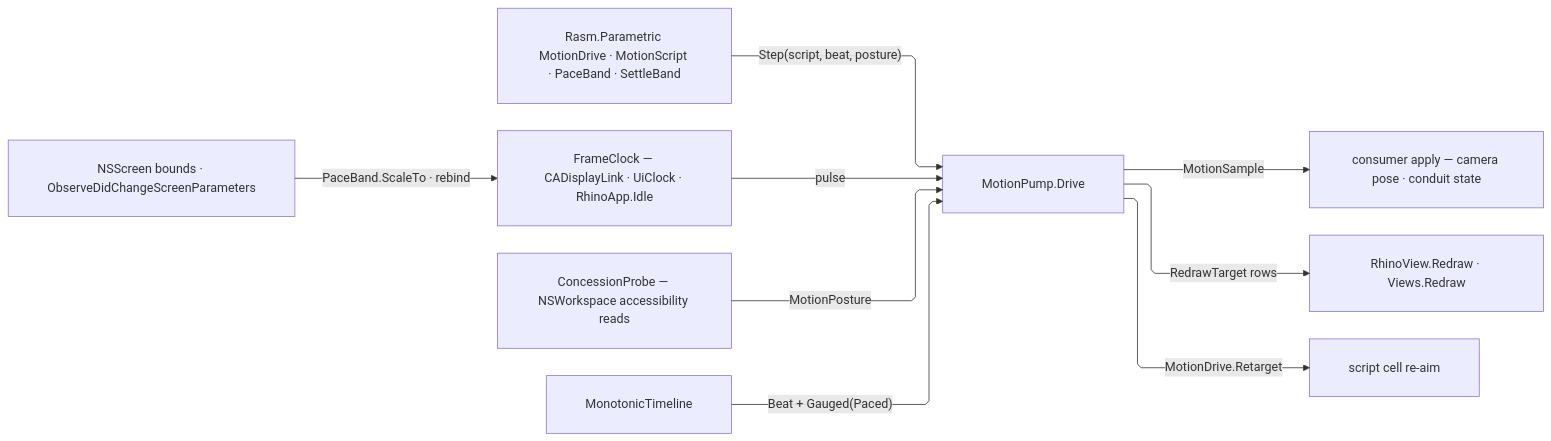
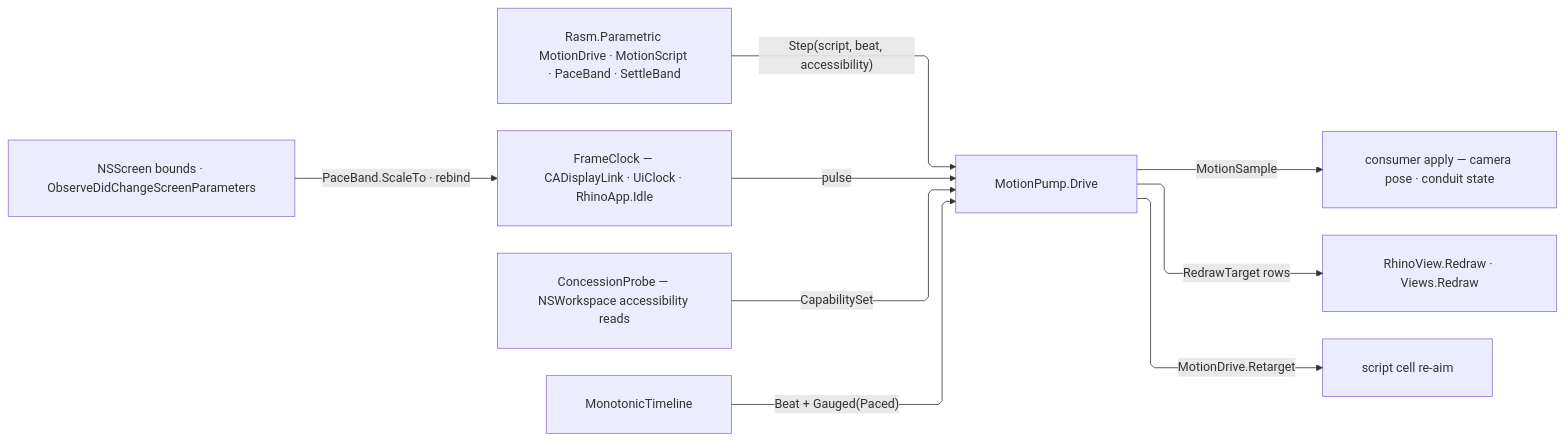
One commit to bsamiee/Rasm changed the diagram in libs/dotnet/Rasm.Rhino/.planning/Viewport/motion.md. Above: the diagram before and after it, drawn with Mermaid. The commit also changed other lines of this file and 47 other files, not shown here.

````diff
--- a/libs/dotnet/Rasm.Rhino/.planning/Viewport/motion.md
+++ b/libs/dotnet/Rasm.Rhino/.planning/Viewport/motion.md
@@ -451,20 +447,20 @@
 ```mermaid
 ---
 config:
   layout: elk
   flowchart:
     curve: linear
     padding: 25
 ---
 flowchart LR
     accTitle: Rhino viewport motion pump
-    accDescr: The kernel motion sampler and pace band feeding the host drive, the three host clock rows pulsing it, the accessibility probe filling the kernel posture, the timeline minting beats and gauging each tick, and the drive landing samples on the consumer apply and the redraw targets.
-    Kernel["Rasm.Parametric MotionDrive · MotionScript · PaceBand · SettleBand"] -->|"Step(script, beat, posture)"| Pump["MotionPump.Drive"]
+    accDescr: The kernel motion sampler and pace band feeding the host drive, the three host clock rows pulsing it, the accessibility probe filling the kernel accessibility set, the timeline minting beats and gauging each tick, and the drive landing samples on the consumer apply and the redraw targets.
+    Kernel["Rasm.Parametric MotionDrive · MotionScript · PaceBand · SettleBand"] -->|"Step(script, beat, accessibility)"| Pump["MotionPump.Drive"]
     Clock["FrameClock — CADisplayLink · UiClock · RhinoApp.Idle"] -->|pulse| Pump
-    Probe["ConcessionProbe — NSWorkspace accessibility reads"] -->|"MotionPosture"| Pump
+    Probe["ConcessionProbe — NSWorkspace accessibility reads"] -->|"CapabilitySet<Accessibility>"| Pump
     Timeline["MonotonicTimeline"] -->|"Beat + Gauged(Paced)"| Pump
     Screen["NSScreen bounds · ObserveDidChangeScreenParameters"] -->|"PaceBand.ScaleTo · rebind"| Clock
     Pump -->|"MotionSample"| Apply["consumer apply — camera pose · conduit state"]
     Pump -->|"RedrawTarget rows"| Land["RhinoView.Redraw · Views.Redraw"]
     Pump -->|"MotionDrive.Retarget"| Spring["script cell re-aim"]
 ```
````
